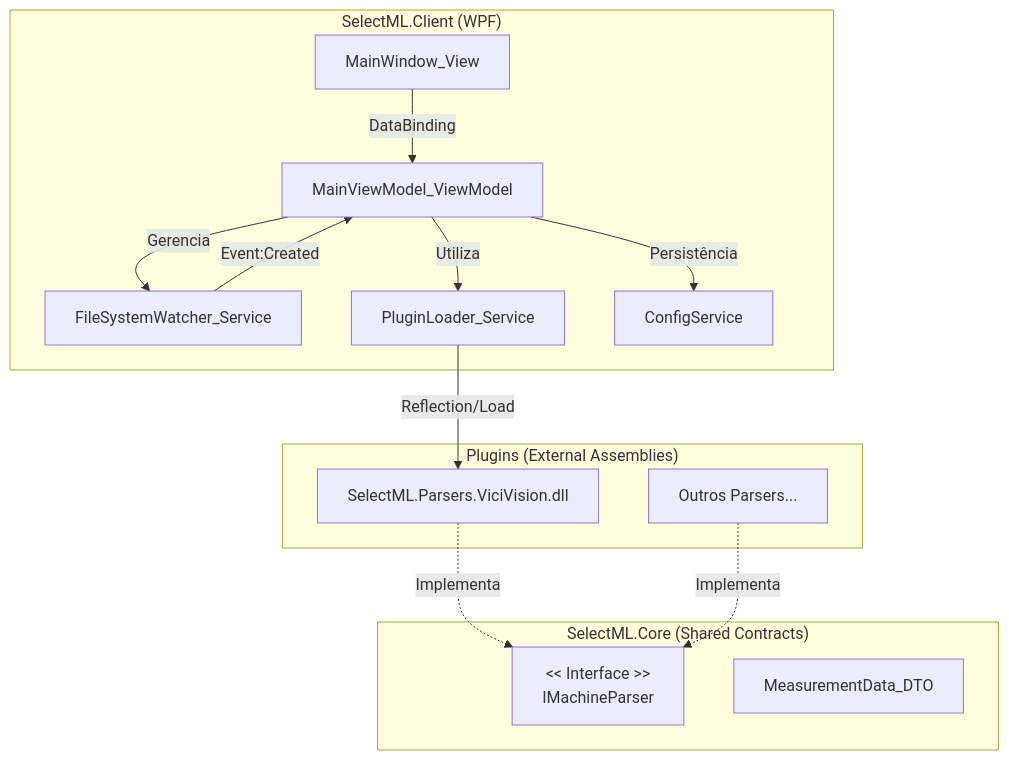
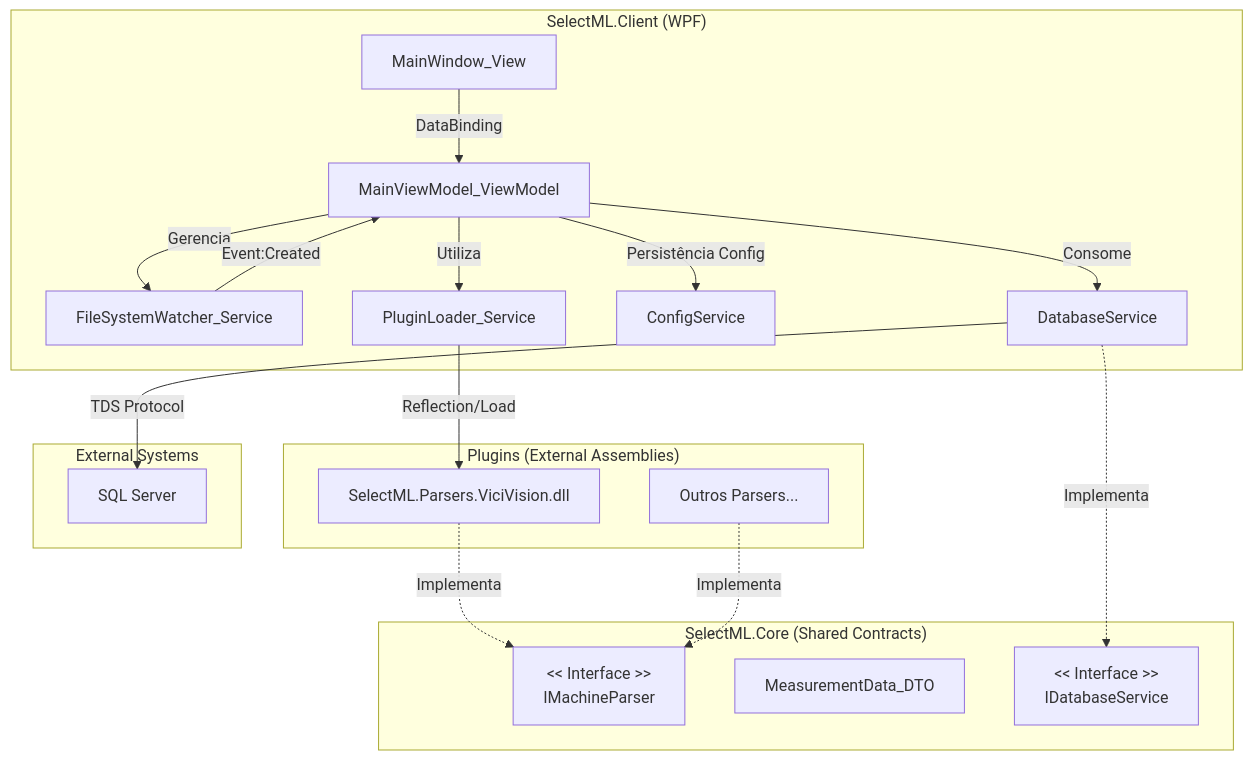
The diagram in docs/ARCHITECTURE.md (ramso-adnarim/SelectML), drawn with Mermaid before and after one commit. The commit also changed other lines of this file, not shown here.

First line of the commit message:
Update ARCHITECTURE.md to reflect Phase 2 changes.

````diff
--- a/docs/ARCHITECTURE.md
+++ b/docs/ARCHITECTURE.md
@@ -9,22 +9,30 @@
 ```mermaid
 graph TD
     subgraph "SelectML.Client (WPF)"
         View[MainWindow_View] -->|DataBinding| VM[MainViewModel_ViewModel]
         VM -->|Gerencia| FSW[FileSystemWatcher_Service]
         VM -->|Utiliza| PL[PluginLoader_Service]
-        VM -->|Persistência| CS[ConfigService]
+        VM -->|Persistência Config| CS[ConfigService]
+        VM -->|Consome| DB[DatabaseService]
     end
 
     subgraph "SelectML.Core (Shared Contracts)"
         IMP[<< Interface >>\nIMachineParser]
         DTO[MeasurementData_DTO]
+        IDB[<< Interface >>\nIDatabaseService]
     end
 
     subgraph "Plugins (External Assemblies)"
         PV[SelectML.Parsers.ViciVision.dll] -.->|Implementa| IMP
         PO[Outros Parsers...] -.->|Implementa| IMP
     end
 
+    subgraph "External Systems"
+        SQL[SQL Server]
+    end
+
     PL -->|Reflection/Load| PV
     FSW -->|Event:Created| VM
+    DB -.->|Implementa| IDB
+    DB -->|TDS Protocol| SQL
 ```
````
